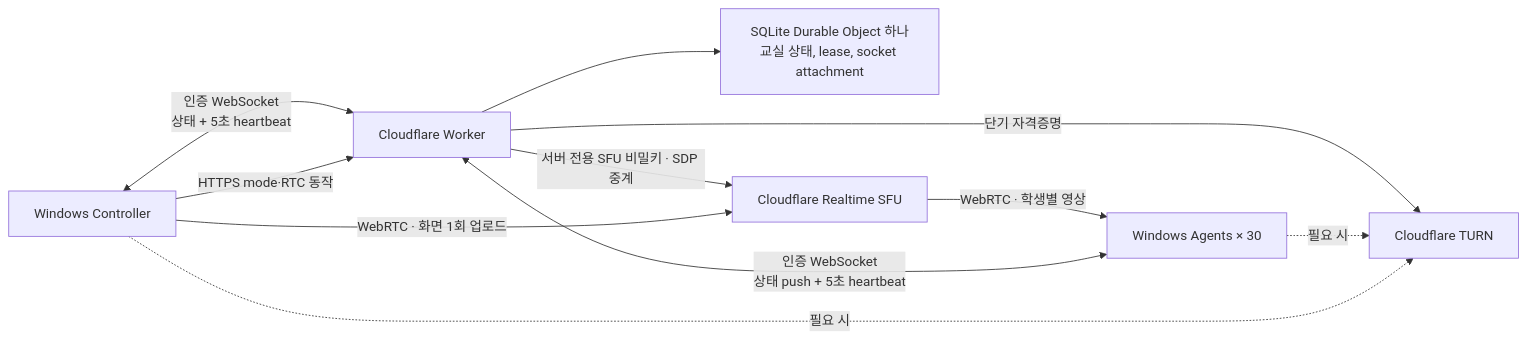
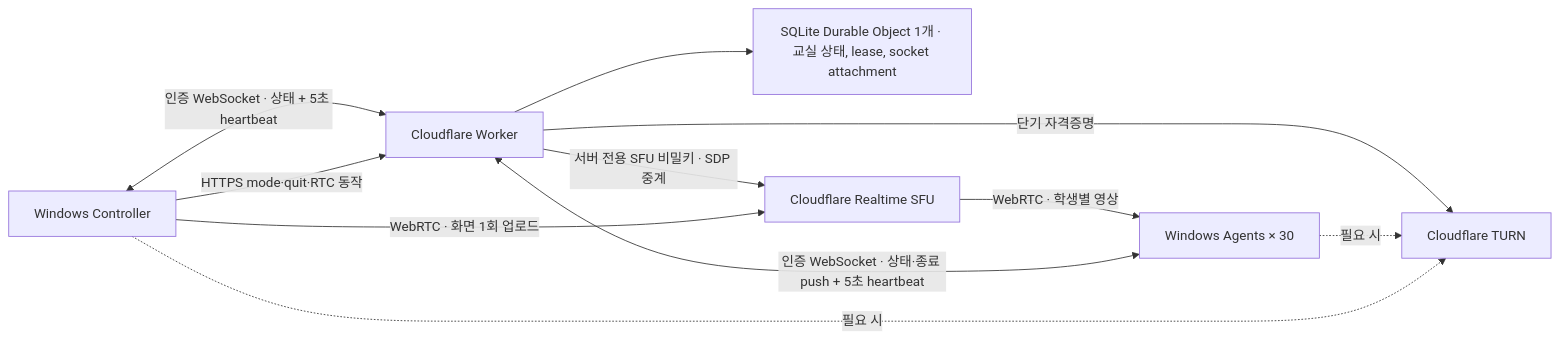
One commit to kindsusu/classrelay changed the diagram in docs/architecture.ko.md. Above: the diagram before and after it, drawn with Mermaid. The commit also changed other lines of this file and 11 other files, not shown here.

````diff
--- a/docs/architecture.ko.md
+++ b/docs/architecture.ko.md
@@ -11,13 +11,13 @@
 ```mermaid
 flowchart LR
-  C[Windows Controller] <-->|인증 WebSocket\n상태 + 5초 heartbeat| W[Cloudflare Worker]
-  A[Windows Agents × 30] <-->|인증 WebSocket\n상태 push + 5초 heartbeat| W
-  C -->|HTTPS mode·RTC 동작| W
-  W --> D[SQLite Durable Object 하나\n교실 상태, lease, socket attachment]
+  C[Windows Controller] <-->|인증 WebSocket · 상태 + 5초 heartbeat| W[Cloudflare Worker]
+  A[Windows Agents × 30] <-->|인증 WebSocket · 상태·종료 push + 5초 heartbeat| W
+  C -->|HTTPS mode·quit·RTC 동작| W
+  W --> D[SQLite Durable Object 1개 · 교실 상태, lease, socket attachment]
   W -->|서버 전용 SFU 비밀키 · SDP 중계| S[Cloudflare Realtime SFU]
   C -->|WebRTC · 화면 1회 업로드| S
   S -->|WebRTC · 학생별 영상| A
   W -->|단기 자격증명| T[Cloudflare TURN]
   A -. 필요 시 .-> T
   C -. 필요 시 .-> T
 ```
````
